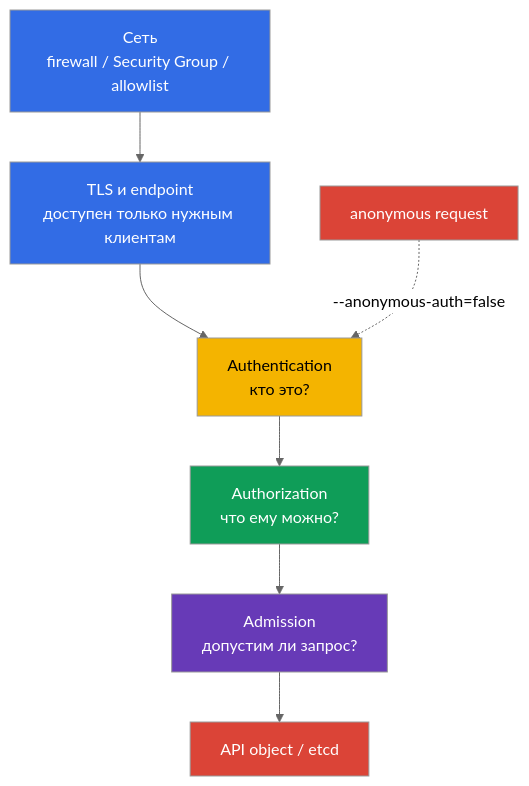
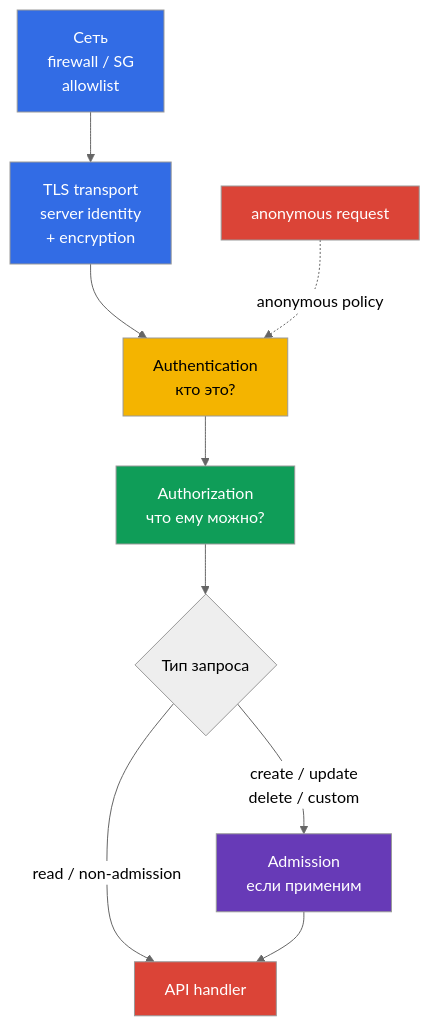
Before and after one commit to ViktorUJ/cks: the first of 3 diagrams in tasks/cks/course/12/ru.md, drawn with Mermaid (neutral theme). The commit also changed other lines of this file and 38 other files, not shown here.

````diff
--- a/tasks/cks/course/12/ru.md
+++ b/tasks/cks/course/12/ru.md
@@ -26,16 +33,18 @@
 ```mermaid
 flowchart TB
-    net["Сеть<br/>firewall / Security Group / allowlist"] --> tls["TLS и endpoint<br/>доступен только нужным клиентам"]
+    net["Сеть<br/>firewall / SG<br/>allowlist"] --> tls["TLS transport<br/>server identity<br/>+ encryption"]
     tls --> authn["Authentication<br/>кто это?"]
     authn --> authz["Authorization<br/>что ему можно?"]
-    authz --> admission["Admission<br/>допустим ли запрос?"]
-    admission --> api["API object / etcd"]
-    anon["anonymous request"] -. "--anonymous-auth=false" .-> authn
+    authz --> kind{"Тип запроса"}
+    kind -->|"create / update<br/>delete / custom"| admission["Admission<br/>если применим"]
+    kind -->|"read / non-admission"| api["API handler"]
+    admission --> api
+    anon["anonymous request"] -. "anonymous policy" .-> authn
     style net fill:#326ce5,color:#fff
     style tls fill:#326ce5,color:#fff
     style authn fill:#f4b400,color:#000
     style authz fill:#0f9d58,color:#fff
     style admission fill:#673ab7,color:#fff
     style api fill:#db4437,color:#fff
     style anon fill:#db4437,color:#fff
 ```
````
